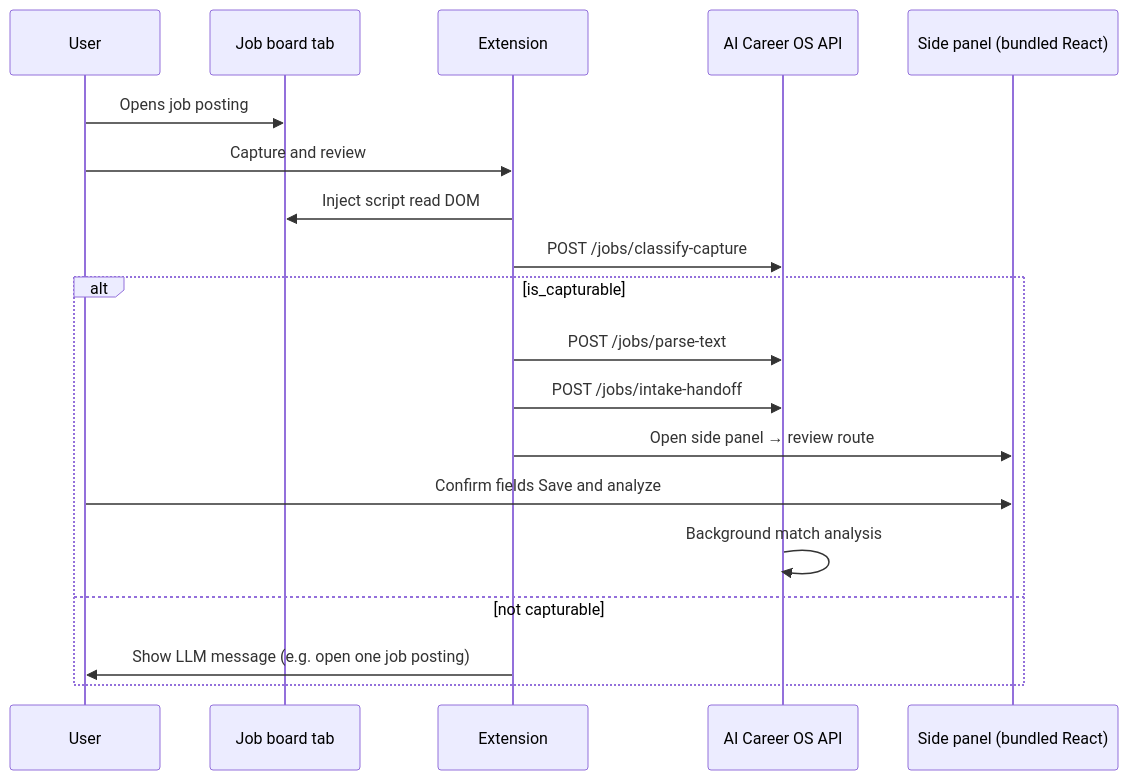
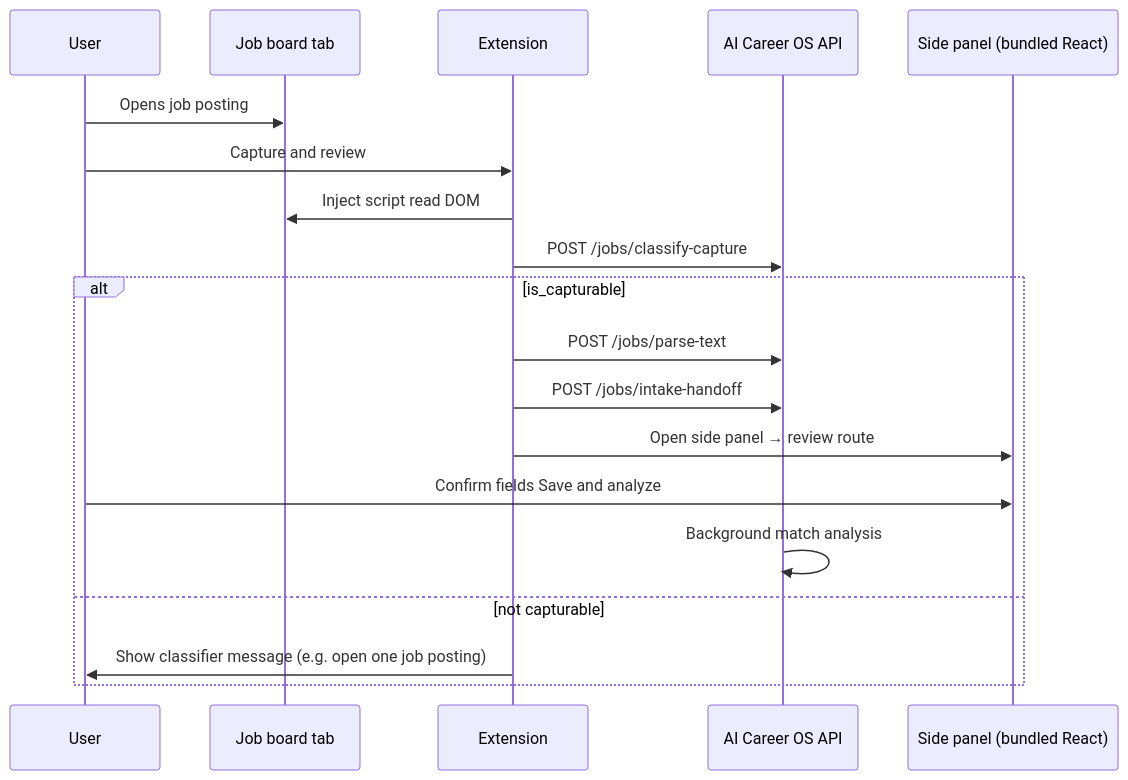
Before and after one commit to semirturgay/ai-career-os: the second of 2 diagrams in README.md, drawn with Mermaid. The commit also changed other lines of this file, not shown here.

First line of the commit message:
docs(readme): document job capture document classifier

````diff
--- a/README.md
+++ b/README.md
@@ -259,22 +260,22 @@
 ```mermaid
 sequenceDiagram
     participant User
     participant Tab as Job board tab
     participant Ext as Extension
     participant API as AI Career OS API
     participant App as Side panel (bundled React)
 
     User->>Tab: Opens job posting
     User->>Ext: Capture and review
     Ext->>Tab: Inject script read DOM
     Ext->>API: POST /jobs/classify-capture
     alt is_capturable
         Ext->>API: POST /jobs/parse-text
         Ext->>API: POST /jobs/intake-handoff
         Ext->>App: Open side panel → review route
         User->>App: Confirm fields Save and analyze
         API->>API: Background match analysis
     else not capturable
-        Ext->>User: Show LLM message (e.g. open one job posting)
+        Ext->>User: Show classifier message (e.g. open one job posting)
     end
 ```
````
